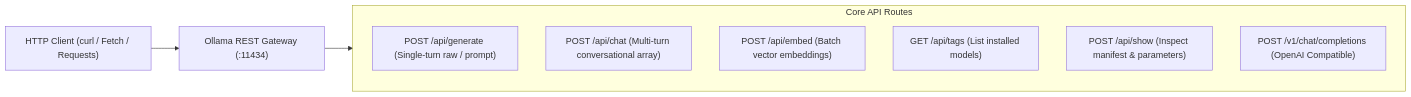
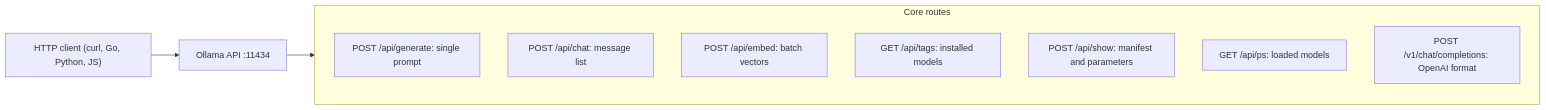
Diagram 17 of 31 in README.md (TheLearningHubOrg/learn-ollama), drawn with Mermaid before and after one commit. The commit also changed other lines of this file and 37 other files, not shown here.

````diff
--- a/README.md
+++ b/README.md
@@ -495,15 +1759,14 @@
 ```mermaid
 flowchart LR
-    Client["HTTP Client (curl / Fetch / Requests)"] --> Gateway["Ollama REST Gateway (:11434)"]
-    
-    subgraph Endpoints["Core API Routes"]
-        E1["POST /api/generate (Single-turn raw / prompt)"]
-        E2["POST /api/chat (Multi-turn conversational array)"]
-        E3["POST /api/embed (Batch vector embeddings)"]
-        E4["GET /api/tags (List installed models)"]
-        E5["POST /api/show (Inspect manifest & parameters)"]
-        E6["POST /v1/chat/completions (OpenAI Compatible)"]
+    Client["HTTP client (curl, Go, Python, JS)"] --> Gateway["Ollama API :11434"]
+    subgraph Endpoints["Core routes"]
+        E1["POST /api/generate: single prompt"]
+        E2["POST /api/chat: message list"]
+        E3["POST /api/embed: batch vectors"]
+        E4["GET /api/tags: installed models"]
+        E5["POST /api/show: manifest and parameters"]
+        E6["GET /api/ps: loaded models"]
+        E7["POST /v1/chat/completions: OpenAI format"]
     end
-
     Gateway --> Endpoints
 ```
````
